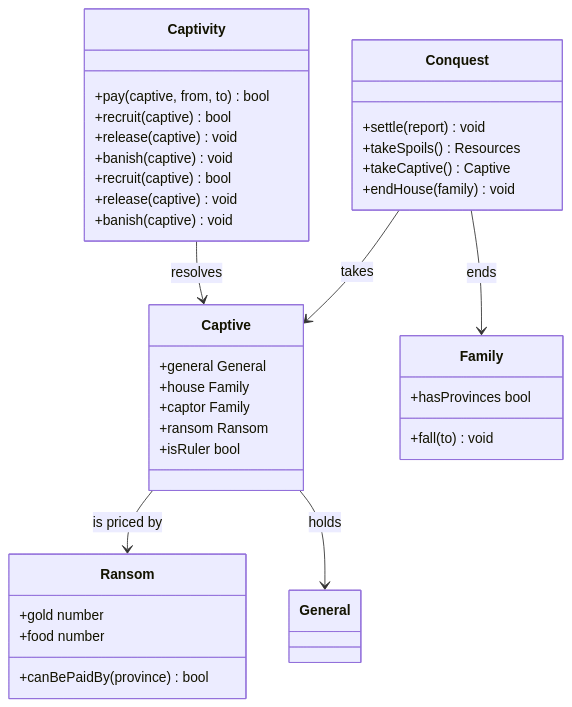
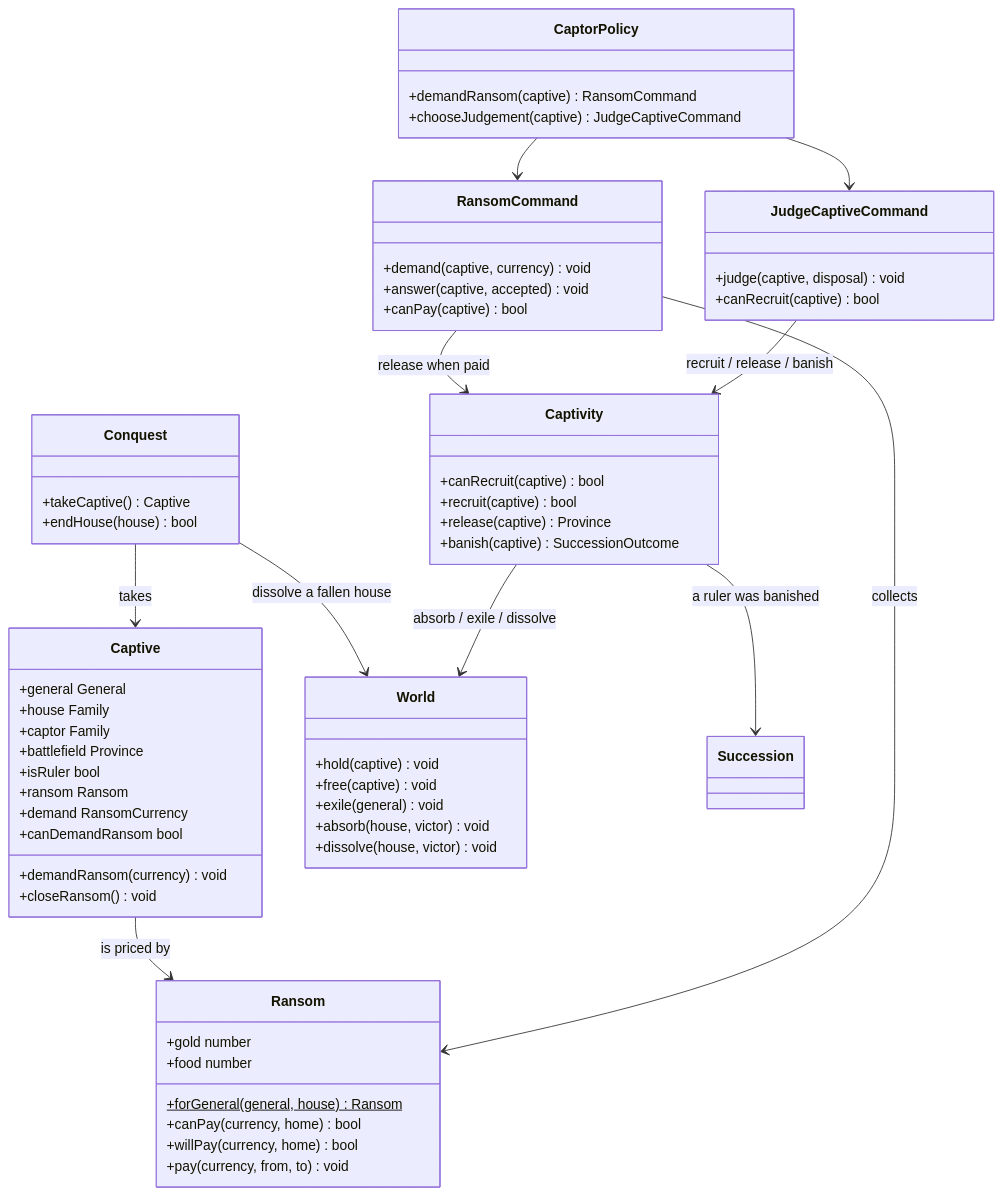
One commit to pslotinsky/kunstkamera changed the second of 3 diagrams in gemstorm/docs/design/09-conquest-and-captives.md. Above: the diagram before and after it, drawn with Mermaid. The commit also changed other lines of this file and 19 other files, not shown here.

````diff
--- a/gemstorm/docs/design/09-conquest-and-captives.md
+++ b/gemstorm/docs/design/09-conquest-and-captives.md
@@ -95,41 +98,63 @@
 ```mermaid
 classDiagram
   class Conquest {
-    +settle(report) void
-    +takeSpoils() Resources
     +takeCaptive() Captive
-    +endHouse(family) void
+    +endHouse(house) bool
   }
   class Captive {
     +general General
     +house Family
     +captor Family
+    +battlefield Province
+    +isRuler bool
     +ransom Ransom
-    +isRuler bool
-  }
-  class Captivity {
-    +pay(captive, from, to) bool
-    +recruit(captive) bool
-    +release(captive) void
-    +banish(captive) void
+    +demand RansomCurrency
+    +canDemandRansom bool
+    +demandRansom(currency) void
+    +closeRansom() void
   }
   class Ransom {
     +gold number
     +food number
-    +canBePaidBy(province) bool
+    +forGeneral(general, house)$ Ransom
+    +canPay(currency, home) bool
+    +willPay(currency, home) bool
+    +pay(currency, from, to) void
   }
   class Captivity {
+    +canRecruit(captive) bool
     +recruit(captive) bool
-    +release(captive) void
-    +banish(captive) void
+    +release(captive) Province
+    +banish(captive) SuccessionOutcome
   }
-  class Family {
-    +fall(to) void
-    +hasProvinces bool
+  class RansomCommand {
+    +demand(captive, currency) void
+    +answer(captive, accepted) void
+    +canPay(captive) bool
+  }
+  class JudgeCaptiveCommand {
+    +judge(captive, disposal) void
+    +canRecruit(captive) bool
+  }
+  class CaptorPolicy {
+    +demandRansom(captive) RansomCommand
+    +chooseJudgement(captive) JudgeCaptiveCommand
+  }
+  class World {
+    +hold(captive) void
+    +free(captive) void
+    +exile(general) void
+    +absorb(house, victor) void
+    +dissolve(house, victor) void
   }
   Conquest --> Captive : takes
-  Conquest --> Family : ends
-  Captivity --> Captive : resolves
+  Conquest --> World : dissolve a fallen house
   Captive --> Ransom : is priced by
-  Captive --> General : holds
+  RansomCommand --> Ransom : collects
+  RansomCommand --> Captivity : release when paid
+  JudgeCaptiveCommand --> Captivity : recruit / release / banish
+  CaptorPolicy --> RansomCommand
+  CaptorPolicy --> JudgeCaptiveCommand
+  Captivity --> World : absorb / exile / dissolve
+  Captivity --> Succession : a ruler was banished
 ```
````
